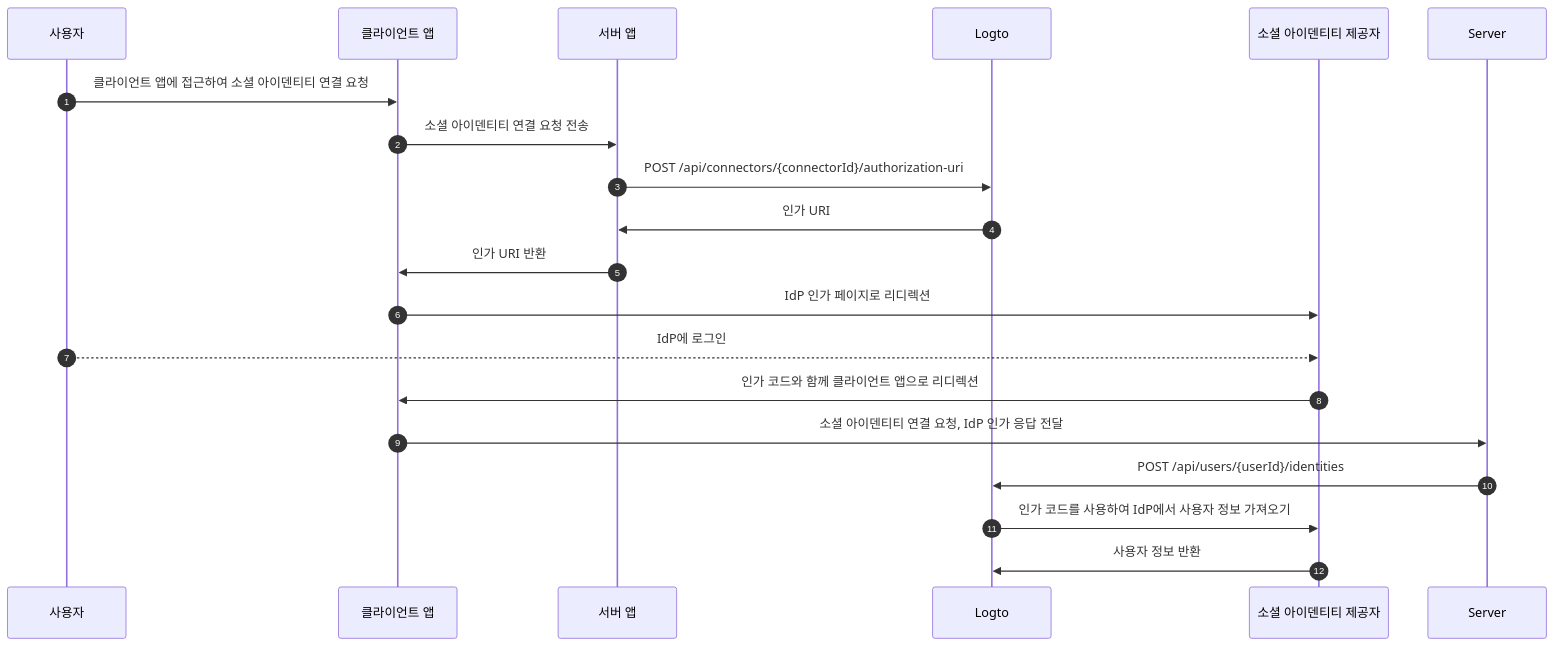
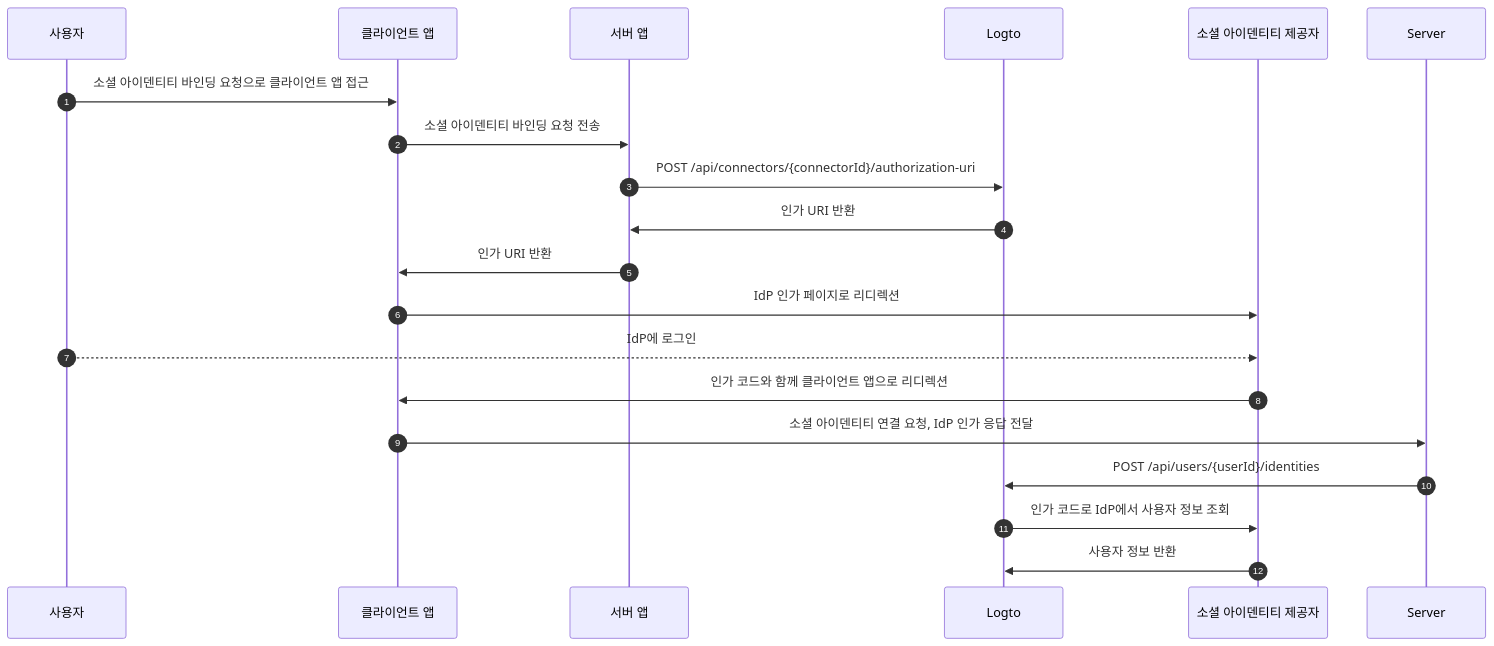
One commit to logto-io/docs changed the third of 3 diagrams in i18n/ko/docusaurus-plugin-content-docs/current/end-user-flows/account-settings/by-management-api.mdx. Above: the diagram before and after it, drawn with Mermaid. The commit also changed other lines of this file and 35 other files, not shown here.

````diff
--- a/i18n/ko/docusaurus-plugin-content-docs/current/end-user-flows/account-settings/by-management-api.mdx
+++ b/i18n/ko/docusaurus-plugin-content-docs/current/end-user-flows/account-settings/by-management-api.mdx
@@ -120,22 +120,22 @@
 ```mermaid
 sequenceDiagram
     autoNumber
     participant User as 사용자
     participant Client as 클라이언트 앱
     participant App as 서버 앱
     participant Logto as Logto
     participant IdP as 소셜 아이덴티티 제공자
 
-    User ->> Client: 클라이언트 앱에 접근하여 소셜 아이덴티티 연결 요청
-    Client ->> App: 소셜 아이덴티티 연결 요청 전송
+    User ->> Client: 소셜 아이덴티티 바인딩 요청으로 클라이언트 앱 접근
+    Client ->> App: 소셜 아이덴티티 바인딩 요청 전송
     App ->> Logto: POST /api/connectors/{connectorId}/authorization-uri
-    Logto ->> App: 인가 URI
+    Logto ->> App: 인가 URI 반환
     App ->> Client: 인가 URI 반환
     Client ->> IdP: IdP 인가 페이지로 리디렉션
     User -->> IdP: IdP에 로그인
     IdP ->> Client: 인가 코드와 함께 클라이언트 앱으로 리디렉션
     Client ->> Server: 소셜 아이덴티티 연결 요청, IdP 인가 응답 전달
     Server ->> Logto: POST /api/users/{userId}/identities
-    Logto ->> IdP: 인가 코드를 사용하여 IdP에서 사용자 정보 가져오기
+    Logto ->> IdP: 인가 코드로 IdP에서 사용자 정보 조회
     IdP ->> Logto: 사용자 정보 반환
 ```
````
